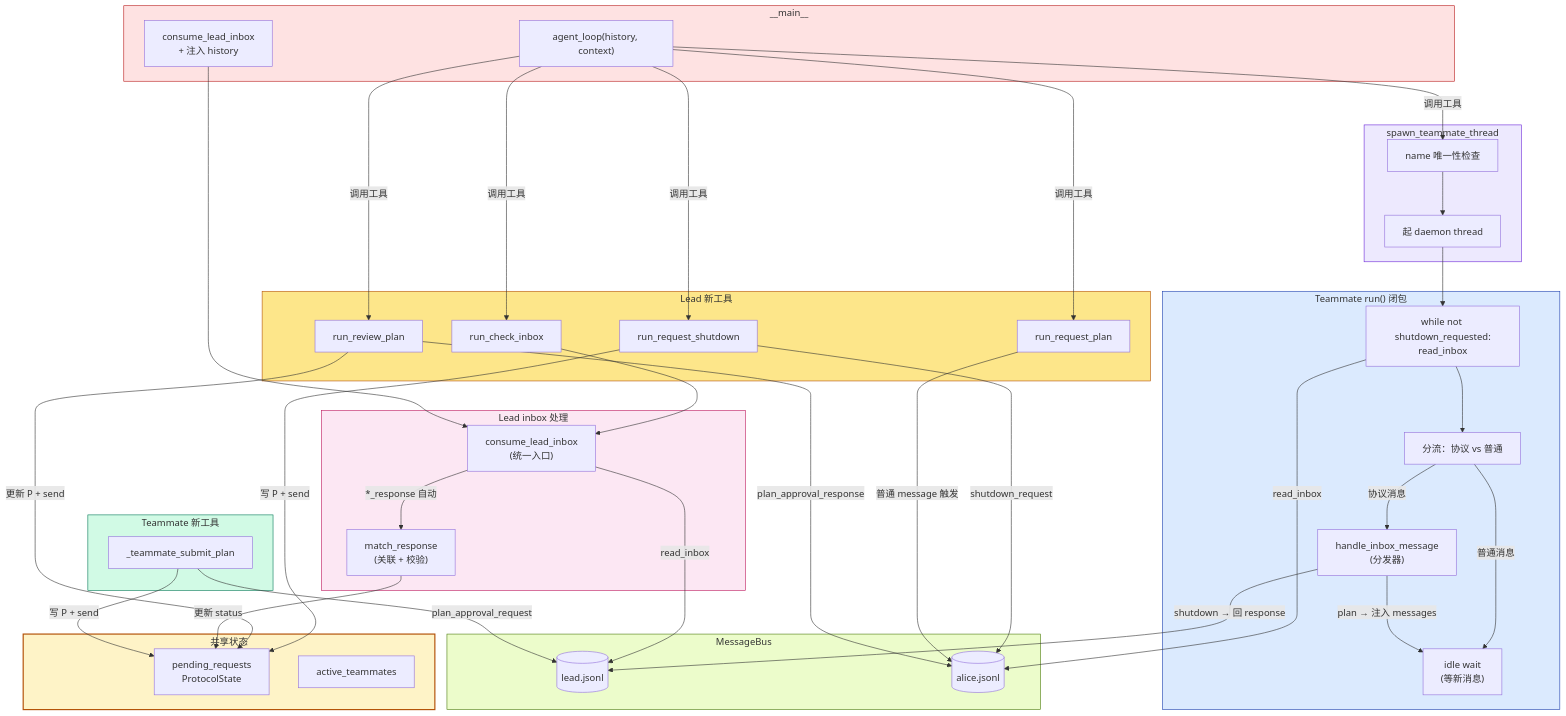
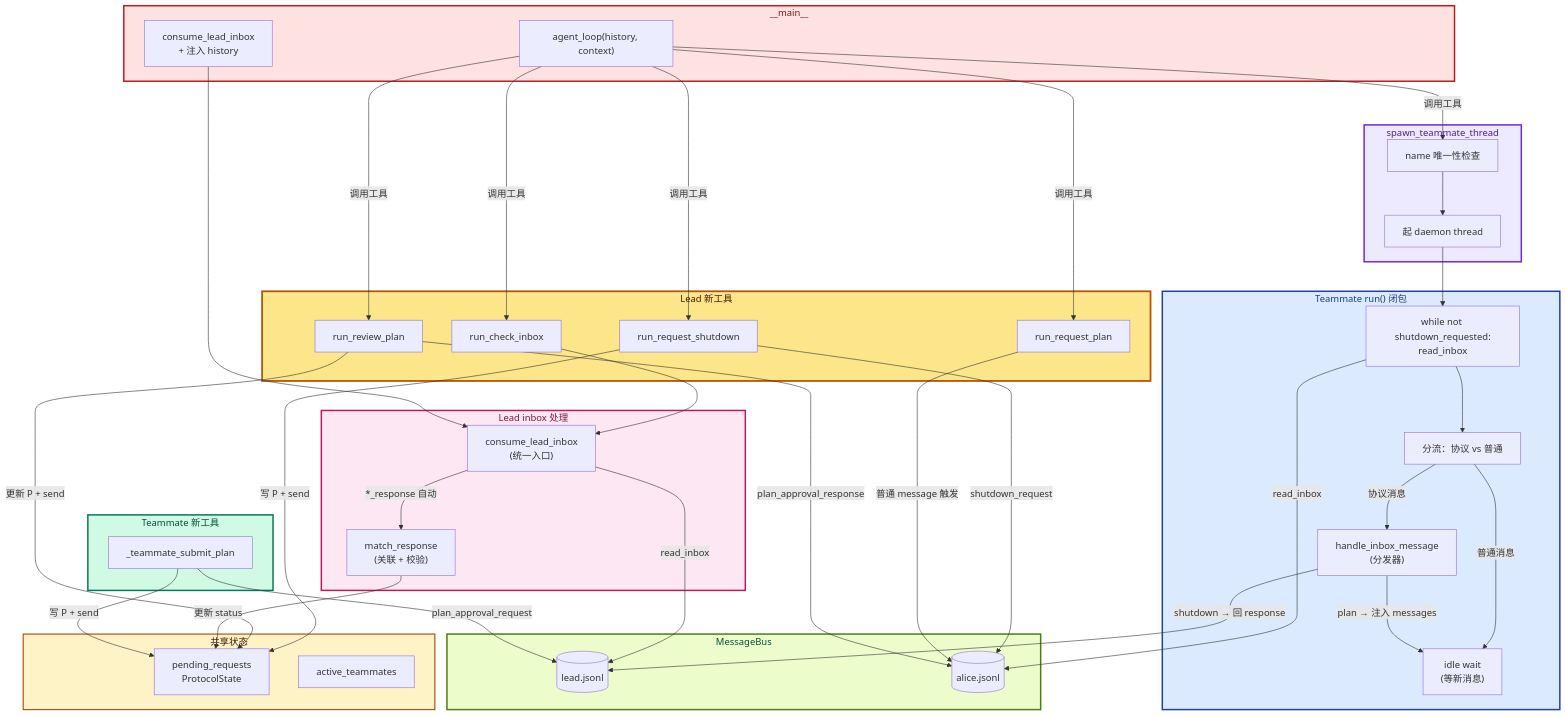
One commit to PyrePuin/From-Zero-LLM-Agent-Infra-Notes changed the third of 4 diagrams in Agent/Harness/Claude Code/Phase 5 - 多智能体/16 - Team Protocols.md. Above: the diagram before and after it, drawn with Mermaid. The commit also changed other lines of this file and 23 other files, not shown here.

First line of the commit message:
refactor(mermaid): 统一所有图的视觉规范

````diff
--- a/Agent/Harness/Claude Code/Phase 5 - 多智能体/16 - Team Protocols.md
+++ b/Agent/Harness/Claude Code/Phase 5 - 多智能体/16 - Team Protocols.md
@@ -333,4 +335,5 @@
 ```mermaid
+%%{init: {'themeVariables': {'fontSize': '16px', 'fontFamily': 'ui-sans-serif, system-ui, -apple-system, "Segoe UI", Roboto, sans-serif'}}}%%
 flowchart TB
     subgraph Shared["共享状态"]
         P["pending_requests<br/>ProtocolState"]
@@ -406,12 +409,12 @@
     ML1 -->|"调用工具"| R4
     ML1 -->|"调用工具"| SP1
 
-    style Shared fill:#fef3c7,stroke:#b45309,stroke-width:2px
-    style LeadTools fill:#fde68a,stroke:#b45309
-    style LeadInbox fill:#fce7f3,stroke:#be185d
-    style TeammateTools fill:#d1fae5,stroke:#047857
-    style TeammateLoop fill:#dbeafe,stroke:#1e40af
-    style Spawn fill:#ede9fe,stroke:#6d28d9
-    style Bus fill:#ecfccb,stroke:#4d7c0f
-    style MainLoop fill:#fee2e2,stroke:#b91c1c
+    style Shared fill:#fef3c7,stroke:#b45309,stroke-width:2px,color:#451a03
+    style LeadTools fill:#fde68a,stroke:#b45309,stroke-width:3px,color:#451a03
+    style LeadInbox fill:#fce7f3,stroke:#be185d,stroke-width:2.5px,color:#831843
+    style TeammateTools fill:#d1fae5,stroke:#047857,stroke-width:2.5px,color:#064e3b
+    style TeammateLoop fill:#dbeafe,stroke:#1e40af,stroke-width:2.5px,color:#1e3a8a
+    style Spawn fill:#ede9fe,stroke:#6d28d9,stroke-width:2.5px,color:#4c1d95
+    style Bus fill:#ecfccb,stroke:#4d7c0f,stroke-width:2.5px,color:#064e3b
+    style MainLoop fill:#fee2e2,stroke:#b91c1c,stroke-width:2.5px,color:#7f1d1d
 ```
````
